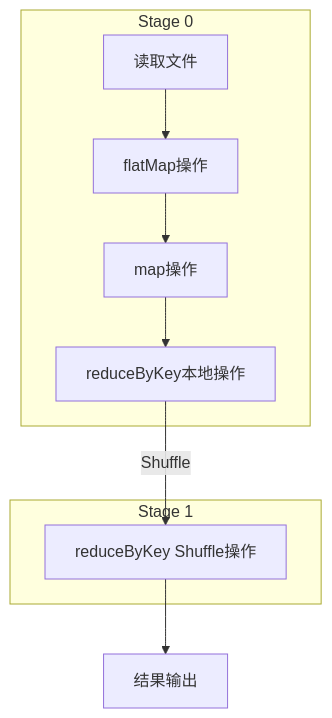
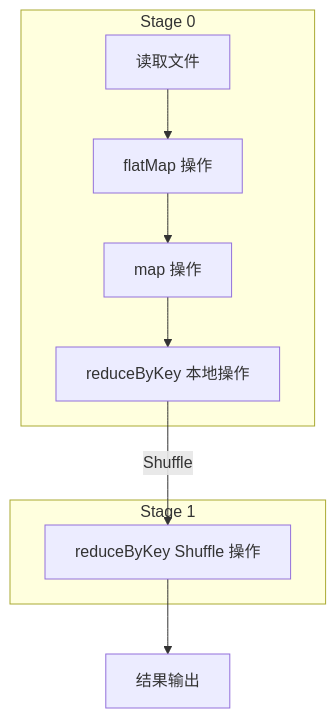
Before and after one commit to hpliStartAgain/my-brain: the second of 5 diagrams in content/大数据/Spark/读书笔记-spark内核/03_调度与执行机制/1. Spark核心调度与容错机制.md, drawn with Mermaid. The commit also changed other lines of this file and 259 other files, not shown here.

````diff
--- a/content/大数据/Spark/读书笔记-spark内核/03_调度与执行机制/1. Spark核心调度与容错机制.md
+++ b/content/大数据/Spark/读书笔记-spark内核/03_调度与执行机制/1. Spark核心调度与容错机制.md
@@ -18,19 +166,20 @@
 ```mermaid
+%%{init: {'theme': 'dracula'}}%%
 flowchart TD
-    A["读取文件"] --> B["flatMap操作"]
-    B --> C["map操作"]
-    C --> D["reduceByKey本地操作"]
-    D -->|"Shuffle"| E["reduceByKey Shuffle操作"]
+    A["读取文件"] --> B["flatMap 操作"]
+    B --> C["map 操作"]
+    C --> D["reduceByKey 本地操作"]
+    D -->|"Shuffle"| E["reduceByKey Shuffle 操作"]
     E --> F["结果输出"]
-    
-    subgraph "Stage 0"
+
+    subgraph S0["Stage 0"]
         A
         B
         C
         D
     end
-    
-    subgraph "Stage 1"
+
+    subgraph S1["Stage 1"]
         E
     end
 ```
````
